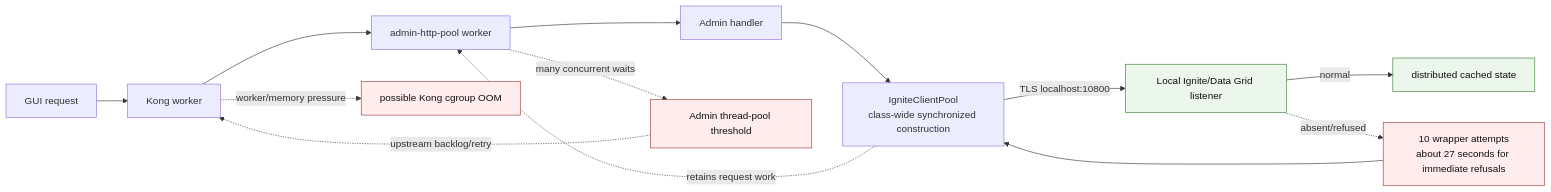
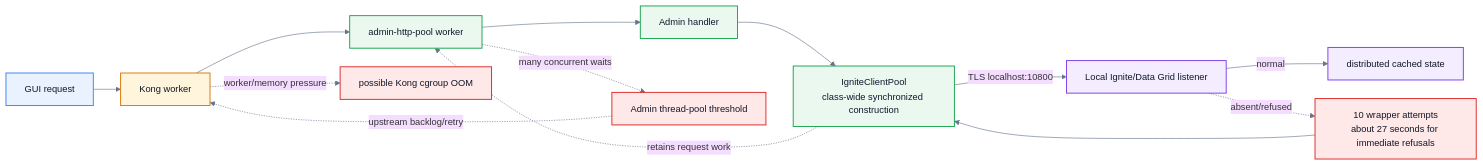
One commit to josh-j/evidence changed the fifth of 5 diagrams in cisco-ise-3-5-p3-admin-gui-2026-08-30/ise-cluster-architecture.md. Above: the diagram before and after it, drawn with Mermaid. The commit also changed other lines of this file and 1 other file, not shown here.

Commit message:
docs(ise): clarify clustered architecture diagrams

````diff
--- a/cisco-ise-3-5-p3-admin-gui-2026-08-30/ise-cluster-architecture.md
+++ b/cisco-ise-3-5-p3-admin-gui-2026-08-30/ise-cluster-architecture.md
@@ -266,20 +263,27 @@
 ```mermaid
+%%{init: {"theme":"base","flowchart":{"curve":"basis","nodeSpacing":30,"rankSpacing":44},"themeVariables":{"fontFamily":"Inter,Segoe UI,Arial,sans-serif","fontSize":"15px","lineColor":"#64748b"}}}%%
 flowchart LR
     request[GUI request] --> kong[Kong worker]
     kong --> thread[admin-http-pool worker]
     thread --> handler[Admin handler]
     handler --> pool[IgniteClientPool<br/>class-wide synchronized construction]
     pool -->|TLS localhost:10800| grid[Local Ignite/Data Grid listener]
     grid -->|normal| cache[distributed cached state]
     grid -. absent/refused .-> retry[10 wrapper attempts<br/>about 27 seconds for immediate refusals]
     retry --> pool
     pool -. retains request work .-> thread
     thread -. many concurrent waits .-> alert[Admin thread-pool threshold]
     alert -. upstream backlog/retry .-> kong
     kong -. worker/memory pressure .-> oom[possible Kong cgroup OOM]
 
-    classDef normal fill:#eaf7ea,stroke:#3b7d3b,color:#111;
-    classDef fault fill:#ffecec,stroke:#a33b3b,color:#111;
+    classDef external fill:#eaf2ff,stroke:#3b82f6,color:#0f172a,stroke-width:1.5px;
+    classDef ingress fill:#fff4dc,stroke:#d97706,color:#0f172a,stroke-width:1.5px;
+    classDef service fill:#eaf8f0,stroke:#16a34a,color:#0f172a,stroke-width:1.5px;
+    classDef normal fill:#f3edff,stroke:#7c3aed,color:#0f172a,stroke-width:1.5px;
+    classDef fault fill:#ffe8e8,stroke:#dc2626,color:#0f172a,stroke-width:1.5px;
+    class request external;
+    class kong ingress;
+    class thread,handler,pool service;
     class grid,cache normal;
     class retry,alert,oom fault;
 ```
````
